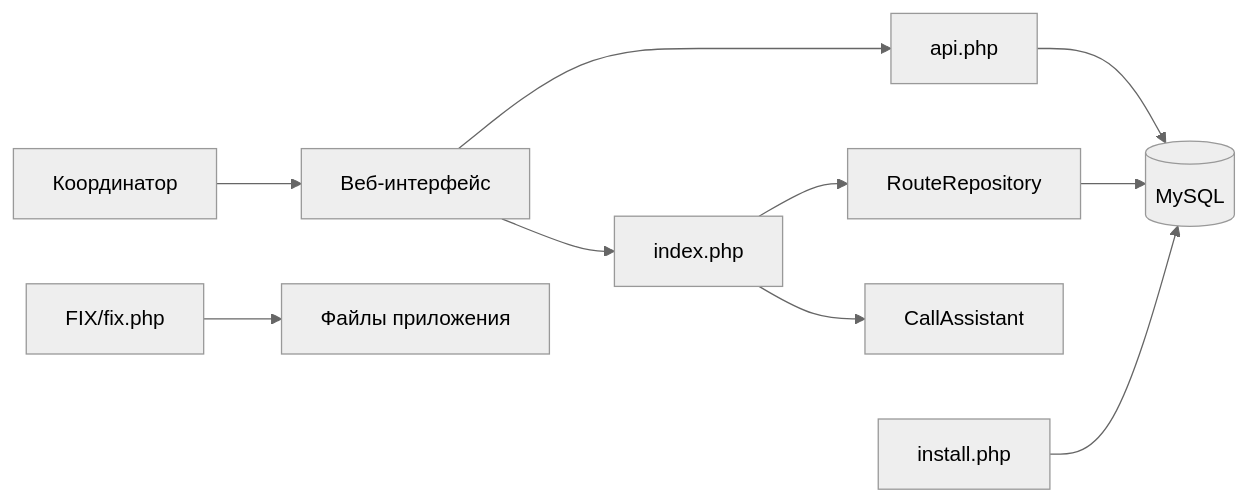
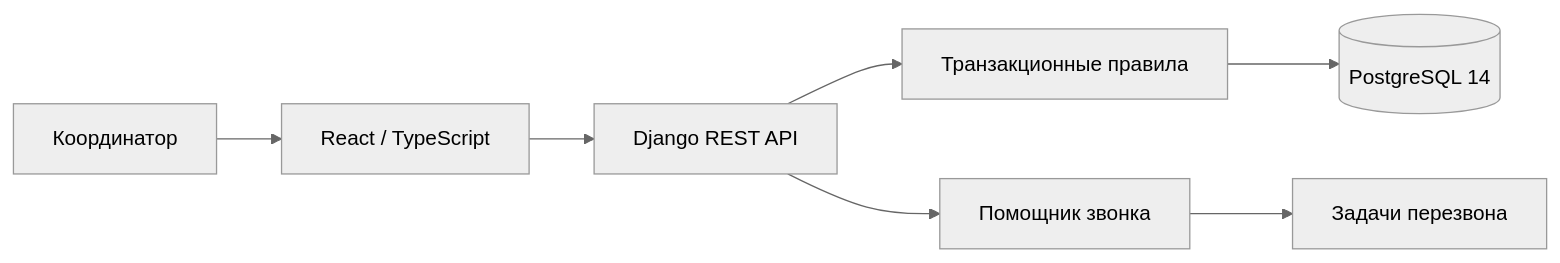
The first of 2 diagrams in README.md (vladislav999xd-rgb/routeguard), drawn with Mermaid (neutral theme) before and after one commit. The commit also changed other lines of this file and 68 other files, not shown here.

````diff
--- a/README.md
+++ b/README.md
@@ -22,12 +11,9 @@
 ```mermaid
 flowchart LR
-    U[Координатор] --> UI[Веб-интерфейс]
-    UI --> INDEX[index.php]
-    UI --> API[api.php]
-    INDEX --> REPO[RouteRepository]
-    INDEX --> CALL[CallAssistant]
-    API --> DB[(MySQL)]
-    REPO --> DB
-    INSTALL[install.php] --> DB
-    FIX[FIX/fix.php] --> APP[Файлы приложения]
+    U[Координатор] --> SPA[React / TypeScript]
+    SPA --> API[Django REST API]
+    API --> RULES[Транзакционные правила]
+    RULES --> DB[(PostgreSQL 14)]
+    API --> CALL[Помощник звонка]
+    CALL --> TASKS[Задачи перезвона]
 ```
````
